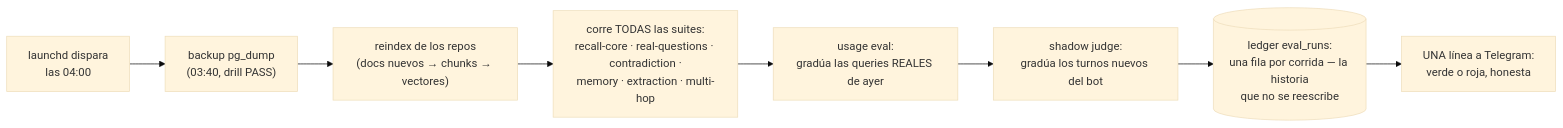
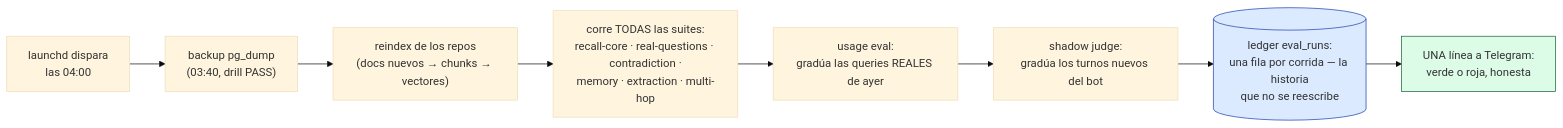
The sixth of 7 diagrams in docs/ai-engineering-mapa-y-diccionario.md (damian-rafael-lattenero/agent-brain), drawn with Mermaid (base theme) before and after one commit. The commit also changed other lines of this file, not shown here.

````diff
--- a/docs/ai-engineering-mapa-y-diccionario.md
+++ b/docs/ai-engineering-mapa-y-diccionario.md
@@ -366,13 +414,18 @@
 ```mermaid
 flowchart LR
     LD["launchd dispara<br/>las 04:00"]
     BK["backup pg_dump<br/>(03:40, drill PASS)"]
     IDX["reindex de los repos<br/>(docs nuevos → chunks → vectores)"]
     EV["corre TODAS las suites:<br/>recall-core · real-questions · contradiction ·<br/>memory · extraction · multi-hop"]
     US["usage eval:<br/>gradúa las queries REALES de ayer"]
     SH["shadow judge:<br/>gradúa los turnos nuevos del bot"]
     LED[("ledger eval_runs:<br/>una fila por corrida — la historia<br/>que no se reescribe")]
     TG["UNA línea a Telegram:<br/>verde o roja, honesta"]
 
     LD --> BK --> IDX --> EV --> US --> SH --> LED --> TG
+
+    classDef data fill:#dbeafe,stroke:#1e40af
+    classDef output fill:#dcfce7,stroke:#166534
+    class LED data
+    class TG output
 ```
````
